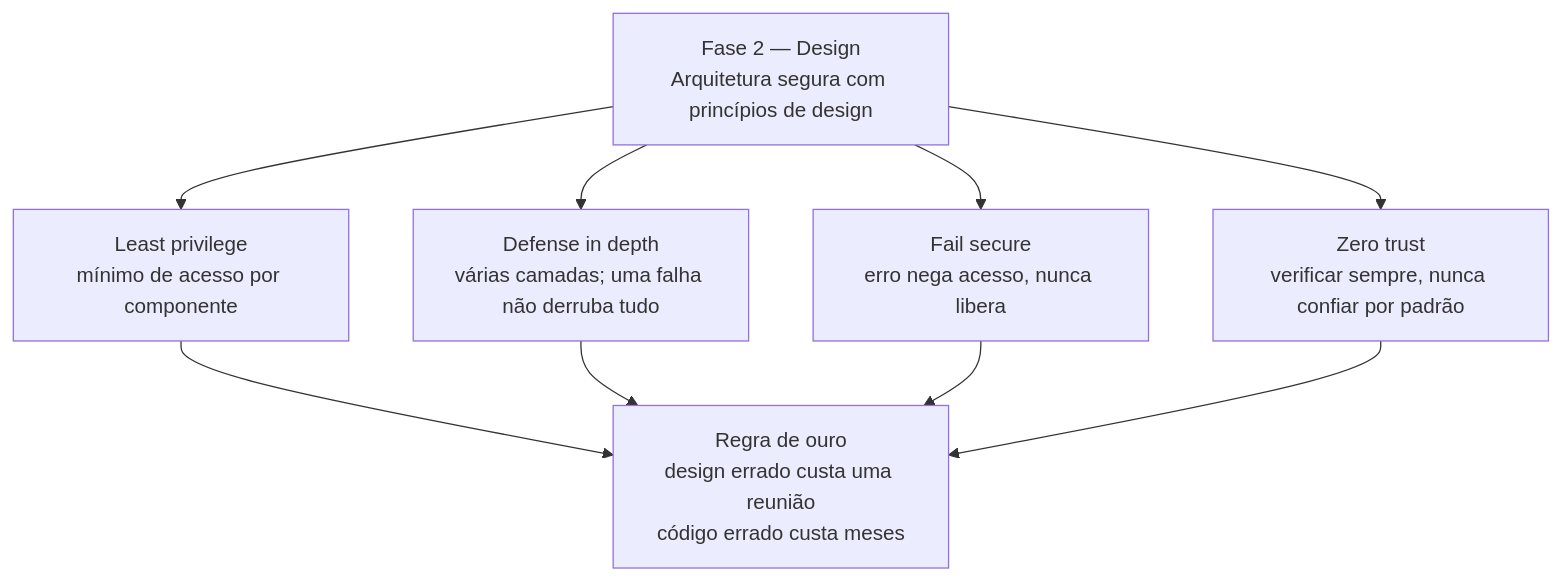
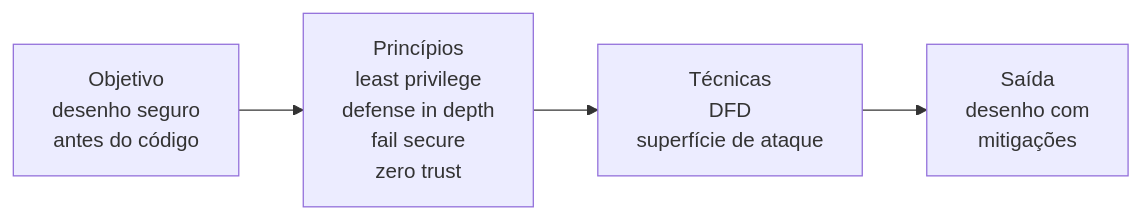
Before and after one commit to CosmIA-Lab/LAB-SDLC-IA-SEC: the third of 3 diagrams in 01-ciclo-de-vida-seguro/README.md, drawn with Mermaid. The commit also changed other lines of this file, not shown here.

Commit message:
docs: reorganiza fase 2 no molde objetivo, princípios, técnicas

````diff
--- a/01-ciclo-de-vida-seguro/README.md
+++ b/01-ciclo-de-vida-seguro/README.md
@@ -86,12 +84,7 @@
 ```mermaid
-flowchart TB
-    D["Fase 2 — Design<br/>Arquitetura segura com princípios de design"]
-    D --> LP["Least privilege<br/>mínimo de acesso por componente"]
-    D --> DID["Defense in depth<br/>várias camadas; uma falha não derruba tudo"]
-    D --> FS["Fail secure<br/>erro nega acesso, nunca libera"]
-    D --> ZT["Zero trust<br/>verificar sempre, nunca confiar por padrão"]
-    LP --> R["Regra de ouro<br/>design errado custa uma reunião<br/>código errado custa meses"]
-    DID --> R
-    FS --> R
-    ZT --> R
+flowchart LR
+    O["Objetivo<br/>desenho seguro<br/>antes do código"] --> P["Princípios<br/>least privilege<br/>defense in depth<br/>fail secure<br/>zero trust"]
+    P --> T["Técnicas<br/>DFD<br/>superfície de ataque"]
+    T --> S["Saída<br/>desenho com
+mitigações"]
 ```
````
